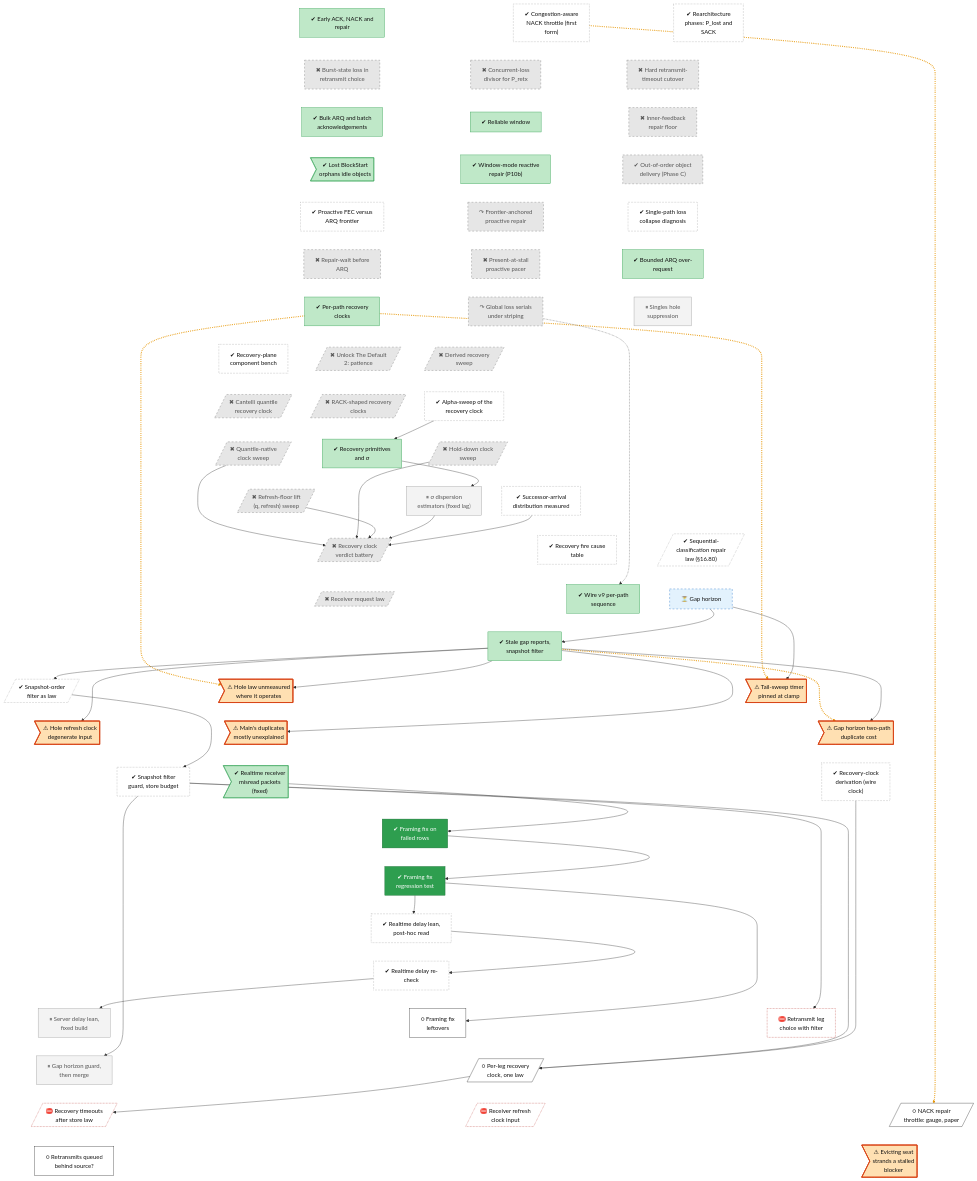
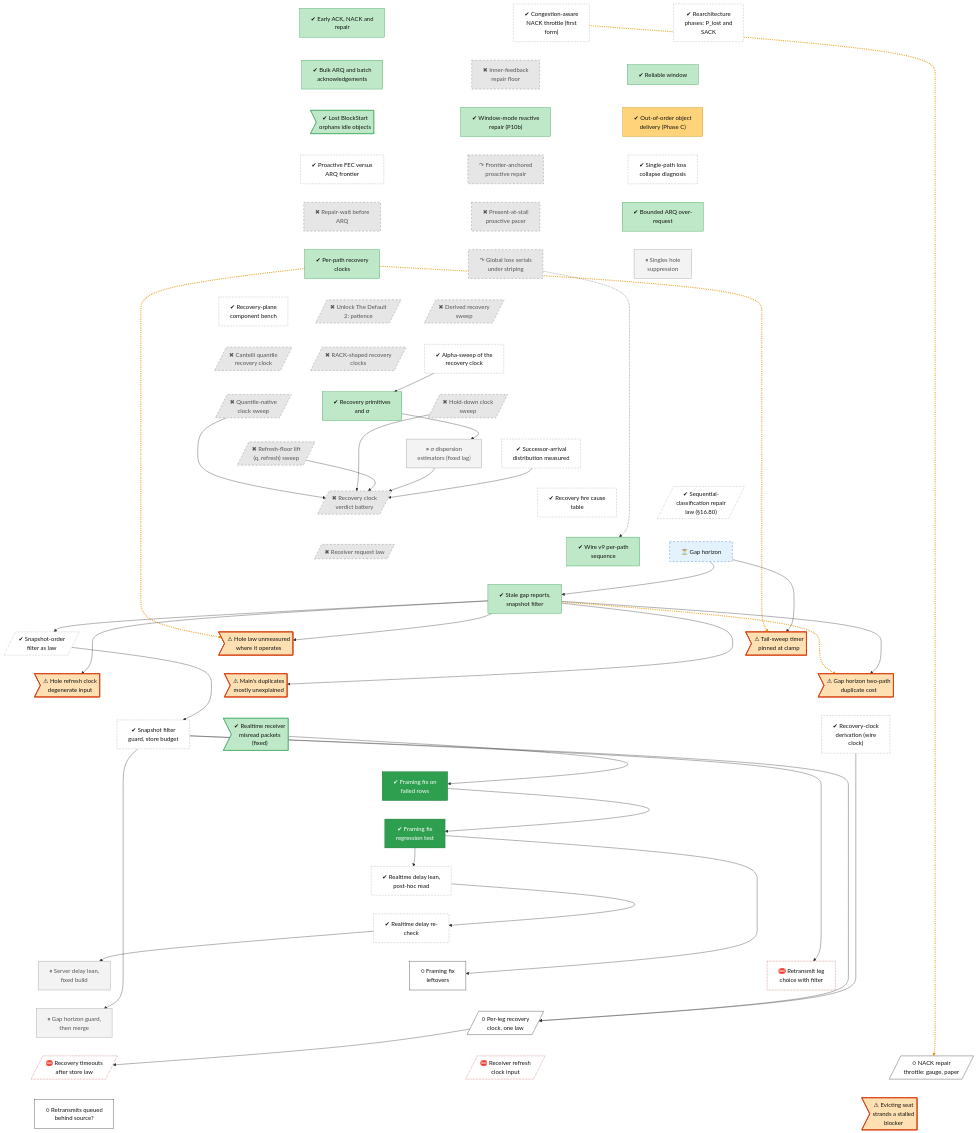
The diagram in docs/roadmap/tracks/rec.md (lhns/raptorpath), drawn with Mermaid before and after one commit. The commit also changed other lines of this file and 17 other files, not shown here.

First line of the commit message:
roadmap: apply the merged-roadmap review

```diff
--- a/docs/roadmap/tracks/rec.md
+++ b/docs/roadmap/tracks/rec.md
@@ -12,12 +12,9 @@
     rec_early_arq["✔ Early ACK, NACK and<br/>repair"]
     rec_nack_congestion["✔ Congestion-aware<br/>NACK throttle (first<br/>form)"]
     rec_plost_sack["✔ Rearchitecture<br/>phases: P_lost and<br/>SACK"]
-    rec_burst_state_loss["✖ Burst-state loss in<br/>retransmit choice"]
-    rec_loss_divisor["✖ Concurrent-loss<br/>divisor for P_retx"]
-    rec_hard_rto_cutover["✖ Hard retransmit-<br/>timeout cutover"]
     rec_bulk_arq["✔ Bulk ARQ and batch<br/>acknowledgements"]
+    rec_p10a_repair_floor["✖ Inner-feedback<br/>repair floor"]
     rec_reliable_window["✔ Reliable window"]
-    rec_p10a_repair_floor["✖ Inner-feedback<br/>repair floor"]
     rec_blockstart_orphan>"✔ Lost BlockStart<br/>orphans idle objects"]
     rec_p10b_reactive_repair["✔ Window-mode reactive<br/>repair (P10b)"]
     rec_rwm_phase_c["✔ Out-of-order object<br/>delivery (Phase C)"]
@@ -72,15 +69,12 @@
     rec_fix_nack_throttle[/"○ NACK repair<br/>throttle: gauge, paper"/]
     rec_retx_behind_source["○ Retransmits queued<br/>behind source?"]
     rec_evict_blocker_unresolved>"⚠ Evicting seat<br/>strands a stalled<br/>blocker"]
-    rec_early_arq ~~~ rec_burst_state_loss
-    rec_nack_congestion ~~~ rec_loss_divisor
-    rec_plost_sack ~~~ rec_hard_rto_cutover
-    rec_burst_state_loss ~~~ rec_bulk_arq
-    rec_loss_divisor ~~~ rec_reliable_window
-    rec_hard_rto_cutover ~~~ rec_p10a_repair_floor
+    rec_early_arq ~~~ rec_bulk_arq
+    rec_nack_congestion ~~~ rec_p10a_repair_floor
+    rec_plost_sack ~~~ rec_reliable_window
     rec_bulk_arq ~~~ rec_blockstart_orphan
-    rec_reliable_window ~~~ rec_p10b_reactive_repair
-    rec_p10a_repair_floor ~~~ rec_rwm_phase_c
+    rec_p10a_repair_floor ~~~ rec_p10b_reactive_repair
+    rec_reliable_window ~~~ rec_rwm_phase_c
     rec_blockstart_orphan ~~~ rec_fec_vs_arq
     rec_p10b_reactive_repair ~~~ rec_inline_repair
     rec_rwm_phase_c ~~~ rec_c2_collapse_diag
@@ -169,7 +163,7 @@
     rec_s54_session --> rec_fix_perleg_clock_n1
     rec_wire_clock_derivation --> rec_fix_perleg_clock_n1
     rec_fix_perleg_clock_n1 --> rec_recovery_timeouts
-    linkStyle 66,67,68,78 stroke:#e69500,stroke-width:3px,stroke-dasharray:2 3
+    linkStyle 63,64,65,75 stroke:#e69500,stroke-width:3px,stroke-dasharray:2 3
     classDef vsucc fill:#2e9e4f,stroke:#1b6b34,color:#fff
     classDef succ fill:#bfe8c8,stroke:#2e9e4f,color:#111
     classDef mixed fill:#ffd37a,stroke:#c98a00,color:#111
@@ -185,7 +179,8 @@
     classDef waiting fill:#e3f2fd,stroke:#1f6fc5,stroke-dasharray:5 5,color:#111
     class rec_early_arq,rec_bulk_arq,rec_reliable_window,rec_blockstart_orphan,rec_p10b_reactive_repair,rec_arq_overrequest_bound,rec_per_path_clocks,rec_goal100,rec_wire_v9,rec_snapver_filter,rec_defect_realtime_framing succ
     class rec_nack_congestion,rec_plost_sack,rec_fec_vs_arq,rec_c2_collapse_diag,rec_recovery_bench,rec_alpha_sweep,rec_successor_arrival,rec_fire_cause,rec_seqclass_law,rec_snapver_law,rec_s54_session,rec_wire_clock_derivation,rec_s64_delay_lean,rec_realtime_delay_recheck unrated
-    class rec_burst_state_loss,rec_loss_divisor,rec_hard_rto_cutover,rec_p10a_repair_floor,rec_rwm_phase_c,rec_inline_repair,rec_proactive_repair,rec_present_at_stall,rec_mp_serial,rec_patience_derived,rec_clock_candidates,rec_rack_clocks,rec_cantelli_clock,rec_qnative_clock,rec_holddown_clock,rec_refresh_floor,rec_goal101,rec_receiver_law dead
+    class rec_p10a_repair_floor,rec_inline_repair,rec_proactive_repair,rec_present_at_stall,rec_mp_serial,rec_patience_derived,rec_clock_candidates,rec_rack_clocks,rec_cantelli_clock,rec_qnative_clock,rec_holddown_clock,rec_refresh_floor,rec_goal101,rec_receiver_law dead
+    class rec_rwm_phase_c mixed
     class rec_recov_sp,rec_dispersion_est,rec_realtime_srv_lag_lean,rec_leverb_guard parked
     class rec_gap_horizon waiting
     class rec_defect_qclk_clamp,rec_defect_hole_law,rec_defect_refresh_input,rec_leverb_c1d_cost,rec_defect_base_duplicates,rec_evict_blocker_unresolved defect
```
